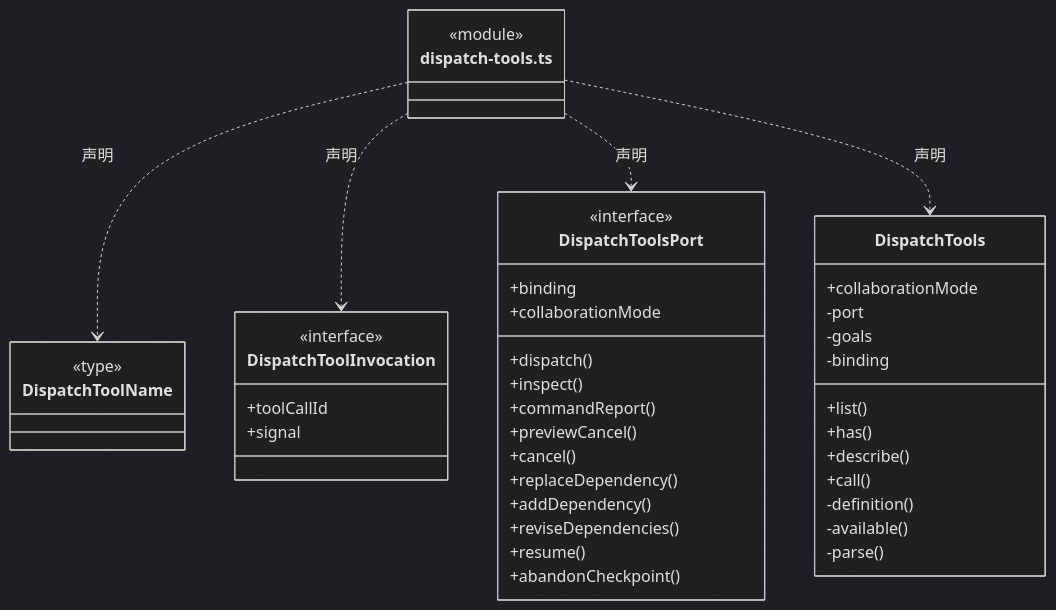
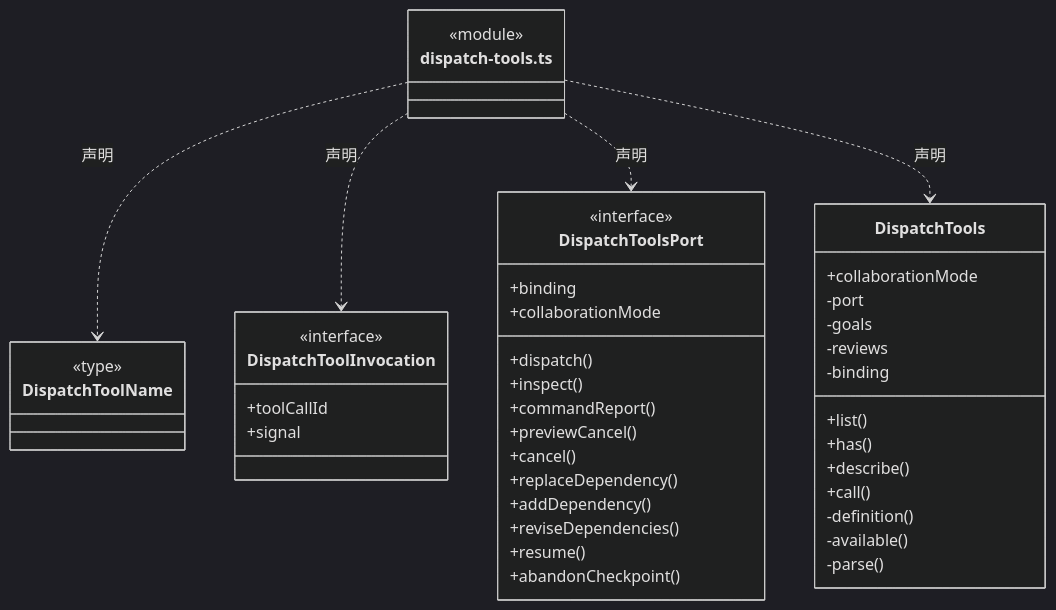
Before and after one commit to nan023062/cbim: the sixth of 22 diagrams in src/backend/scheduler-engine/tools/ARCHITECTURE.md, drawn with Mermaid (dark theme). The commit also changed other lines of this file and 41 other files, not shown here.

````diff
--- a/src/backend/scheduler-engine/tools/ARCHITECTURE.md
+++ b/src/backend/scheduler-engine/tools/ARCHITECTURE.md
@@ -94,47 +115,48 @@
 ```mermaid
 classDiagram
 class N_src_backend_scheduler_engine_tools_dispatch_tools_ts["dispatch-tools.ts"] {
   <<module>>
 }
 class N_src_backend_scheduler_engine_tools_dispatch_tools_ts_DispatchToolName["DispatchToolName"] {
   <<type>>
 
 }
 N_src_backend_scheduler_engine_tools_dispatch_tools_ts ..> N_src_backend_scheduler_engine_tools_dispatch_tools_ts_DispatchToolName : 声明
 class N_src_backend_scheduler_engine_tools_dispatch_tools_ts_DispatchToolInvocation["DispatchToolInvocation"] {
   <<interface>>
   +toolCallId
   +signal
 }
 N_src_backend_scheduler_engine_tools_dispatch_tools_ts ..> N_src_backend_scheduler_engine_tools_dispatch_tools_ts_DispatchToolInvocation : 声明
 class N_src_backend_scheduler_engine_tools_dispatch_tools_ts_DispatchToolsPort["DispatchToolsPort"] {
   <<interface>>
   +binding
   +collaborationMode
   +dispatch()
   +inspect()
   +commandReport()
   +previewCancel()
   +cancel()
   +replaceDependency()
   +addDependency()
   +reviseDependencies()
   +resume()
   +abandonCheckpoint()
 }
 N_src_backend_scheduler_engine_tools_dispatch_tools_ts ..> N_src_backend_scheduler_engine_tools_dispatch_tools_ts_DispatchToolsPort : 声明
 class N_src_backend_scheduler_engine_tools_dispatch_tools_ts_DispatchTools["DispatchTools"] {
   +collaborationMode
   +list()
   +has()
   +describe()
   +call()
   -port
   -goals
+  -reviews
   -binding
   -definition()
   -available()
   -parse()
 }
 N_src_backend_scheduler_engine_tools_dispatch_tools_ts ..> N_src_backend_scheduler_engine_tools_dispatch_tools_ts_DispatchTools : 声明
 ```
````
